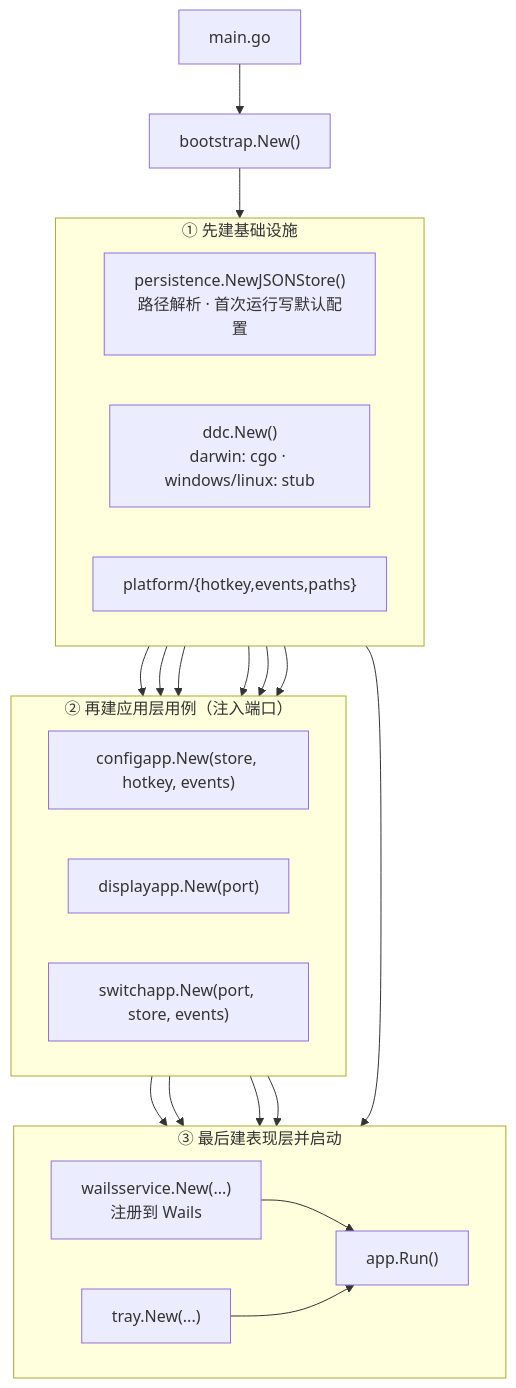
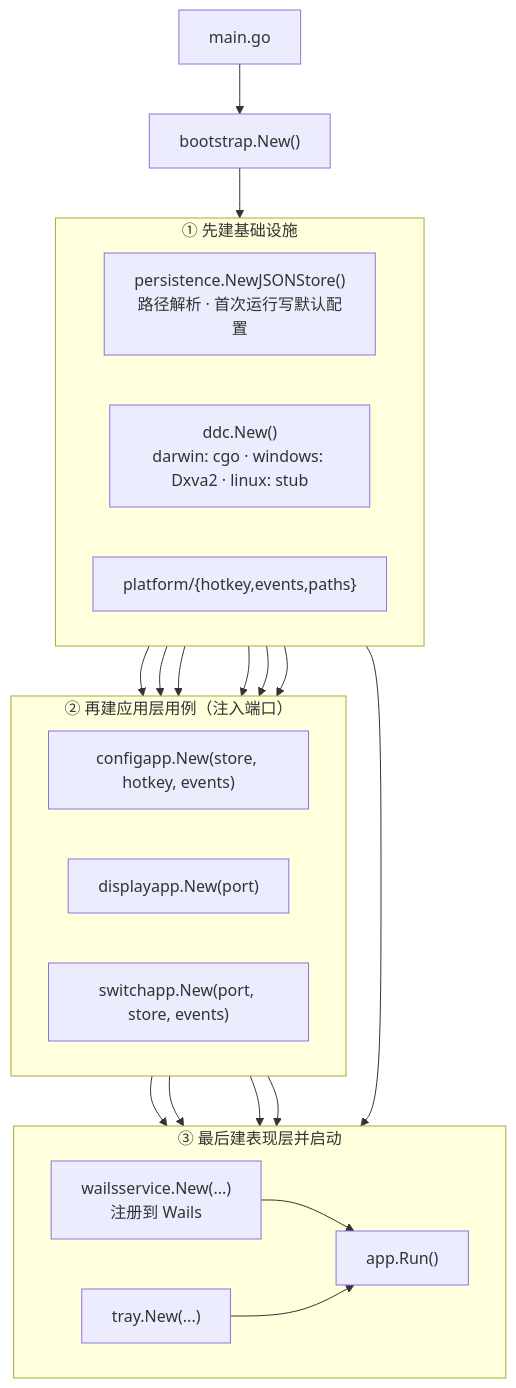
Before and after one commit to znahovo/switch_display: the fifth of 5 diagrams in docs/architecture.md, drawn with Mermaid. The commit also changed other lines of this file and 35 other files, not shown here.

First line of the commit message:
feat(windows): 实现 Windows DDC/CI 端口并完成 Windows 表现层适配

````diff
--- a/docs/architecture.md
+++ b/docs/architecture.md
@@ -462,39 +471,39 @@
 ```mermaid
 flowchart TB
     M["main.go"] --> B["bootstrap.New()"]
 
     subgraph L1["① 先建基础设施"]
         direction LR
         S["persistence.NewJSONStore()<br/>路径解析 · 首次运行写默认配置"]
-        P["ddc.New()<br/>darwin: cgo · windows/linux: stub"]
+        P["ddc.New()<br/>darwin: cgo · windows: Dxva2 · linux: stub"]
         X["platform/{hotkey,events,paths}"]
     end
     B --> L1
 
     subgraph L2["② 再建应用层用例（注入端口）"]
         direction LR
         CA["configapp.New(store, hotkey, events)"]
         DA["displayapp.New(port)"]
         SA["switchapp.New(port, store, events)"]
     end
     S --> CA
     P --> DA
     P --> SA
     S --> SA
     X --> CA
     X --> SA
 
     subgraph L3["③ 最后建表现层并启动"]
         direction LR
         W["wailsservice.New(...)<br/>注册到 Wails"]
         T["tray.New(...)"]
         R["app.Run()"]
     end
     CA --> W
     DA --> W
     SA --> W
     P --> T
     SA --> T
     W --> R
     T --> R
 ```
````
